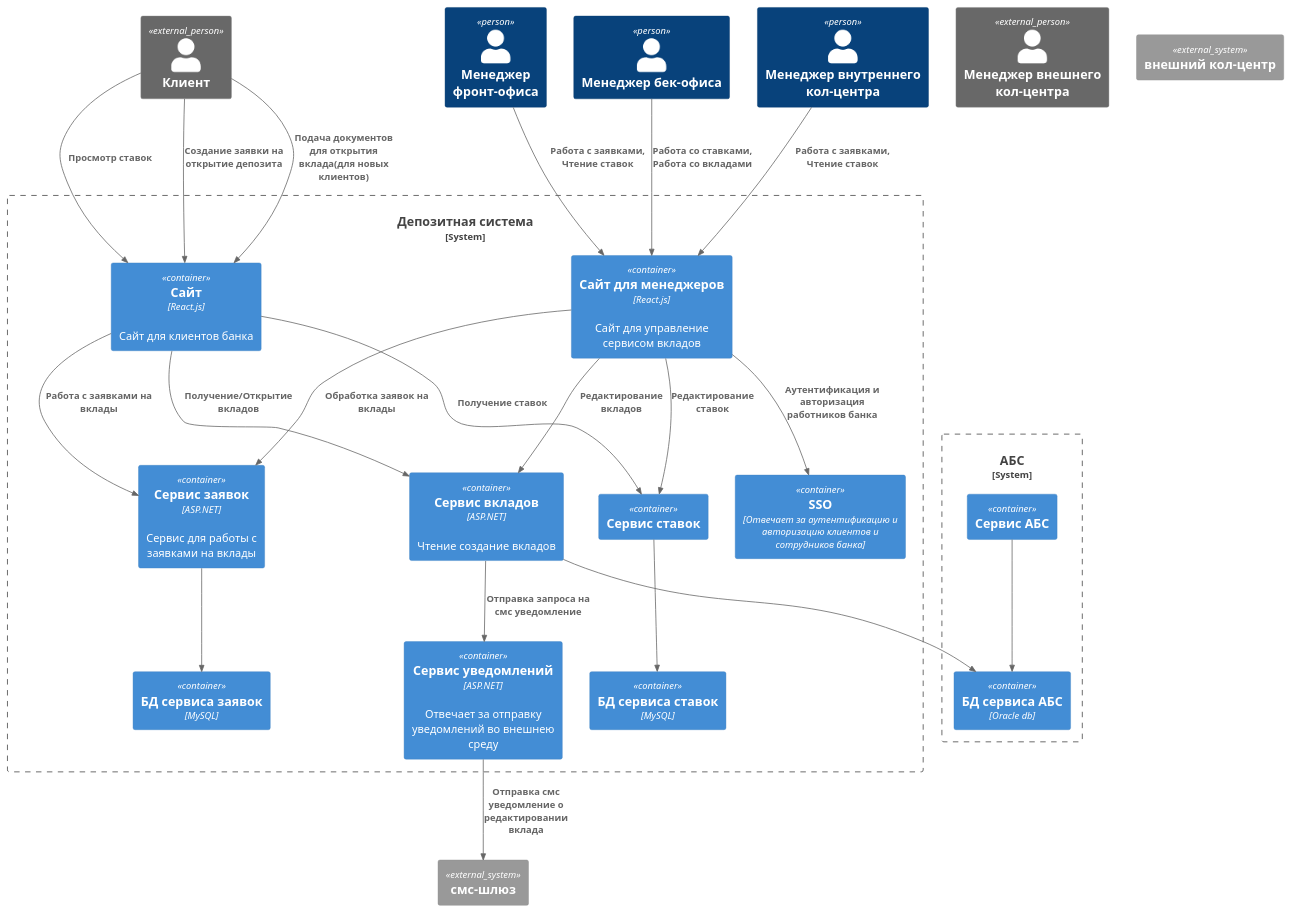
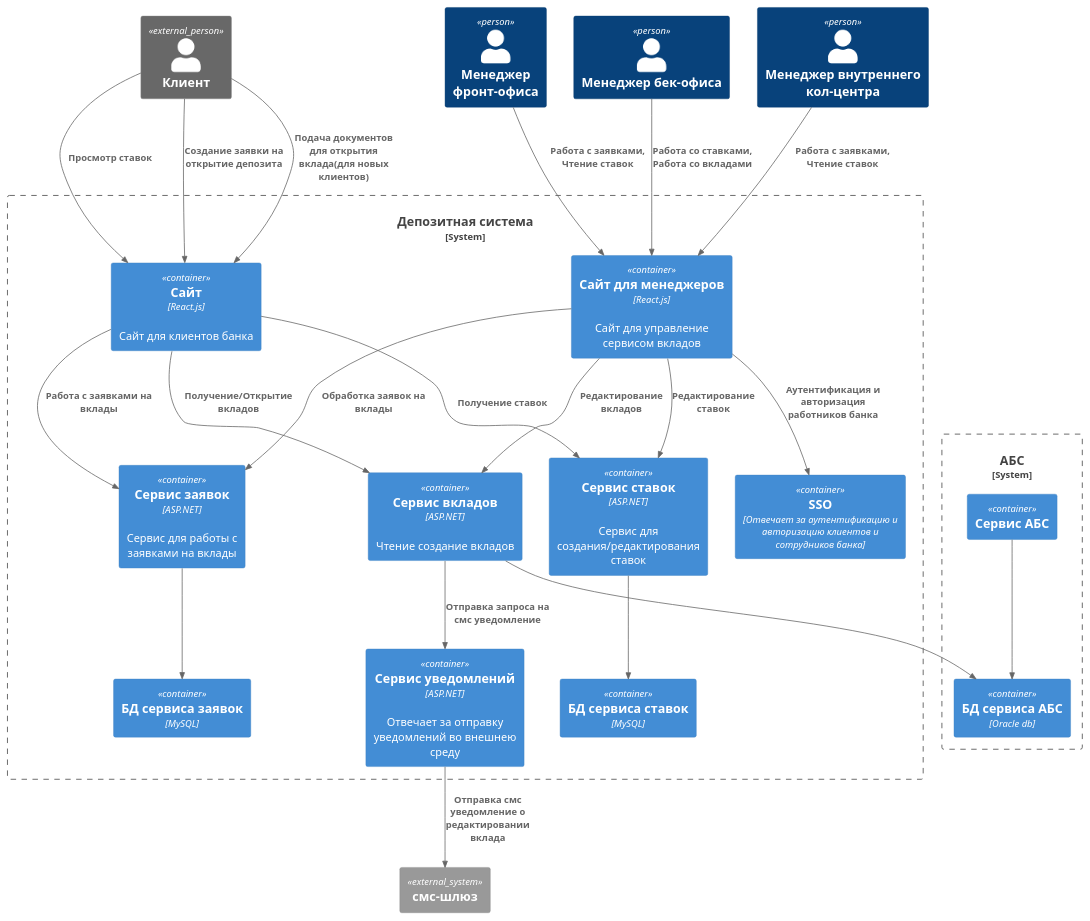
One commit to BlackDEK/architecture-sprint-9 changed the diagram in Task3/container.puml. Above: the diagram before and after it, drawn with PlantUML. The commit also changed 4 other files, not shown here.

```diff
--- a/Task3/container.puml
+++ b/Task3/container.puml
@@ -1,78 +1,76 @@
 @startuml
 !include <C4/C4_Container>
 
 Person_Ext(client, "Клиент", "")
 
 Person(man_front, "Менеджер фронт-офиса", "")
 Person(man_back, "Менеджер бек-офиса", "")
 Person(man_call_center, "Менеджер внутреннего кол-центра", "")
-Person_Ext(man_ext_call_center, "Менеджер внешнего кол-центра", "")
 
 
 System_Ext(sms, "смс-шлюз")
-System_Ext(call_center, "внешний кол-центр")
 
 System_Boundary(abc, "АБС") {
 
     Container(abc_service, "Сервис АБС", "")
     Container(abc_service_db, "БД сервиса АБС", "Oracle db", "")
 }
 
 System_Boundary(bank, "Депозитная система") {
 
     Container(front, "Сайт", "React.js", "Сайт для клиентов банка")
 
     Container(sso, "SSO", "Отвечает за аутентификацию и авторизацию клиентов и сотрудников банка")
 
     Container(front_for_manager, "Сайт для менеджеров", "React.js", "Сайт для управление сервисом вкладов")
 
     Container(request_service, "Сервис заявок", "ASP.NET", "Сервис для работы с заявками на вклады")
     Container(request_service_db, "БД сервиса заявок", "MySQL", "")
 
-    Container(rate_service, "Сервис ставок", "")
+    Container(rate_service, "Сервис ставок", "ASP.NET", "Сервис для создания/редактирования ставок")
     Container(rate_service_db, "БД сервиса ставок", "MySQL", "")
 
 
     Container(deposit_service, "Сервис вкладов", "ASP.NET", "Чтение создание вкладов")
 
     Container(notify_service, "Сервис уведомлений", "ASP.NET", "Отвечает за отправку уведомлений во внешнею среду")
 }
 
 Rel(client, front, "Просмотр ставок")
 Rel(client, front, "Создание заявки на открытие депозита")
 Rel(client, front, "Подача документов для открытия вклада(для новых клиентов)")
 
 Rel(front, request_service, "Работа с заявками на вклады")
 Rel(front, rate_service, "Получение ставок")
 Rel(front, deposit_service, "Получение/Открытие вкладов")
 
 Rel(man_front, front_for_manager, "Работа с заявками, Чтение ставок")
 Rel(man_back, front_for_manager, "Работа со ставками, Работа со вкладами")
 Rel(man_call_center, front_for_manager, "Работа с заявками, Чтение ставок")
 
 Rel(front_for_manager, sso, "Аутентификация и авторизация работников банка")
 Rel(front_for_manager, request_service, "Обработка заявок на вклады")
 Rel(front_for_manager, rate_service, "Редактирование ставок")
 Rel(front_for_manager, deposit_service, "Редактирование вкладов")
 
 Rel(abc_service, abc_service_db, "")
 
 Rel(request_service, request_service_db, "")
 
 Rel(rate_service, rate_service_db, "")
 
 Rel(deposit_service, abc_service_db, "")
 Rel(deposit_service, notify_service, "Отправка запроса на смс уведомление")
 
 Rel(notify_service, sms, "Отправка смс уведомление о редактировании вклада")
 
 
 
 
 
 
 
 
 
 
 @enduml
```
